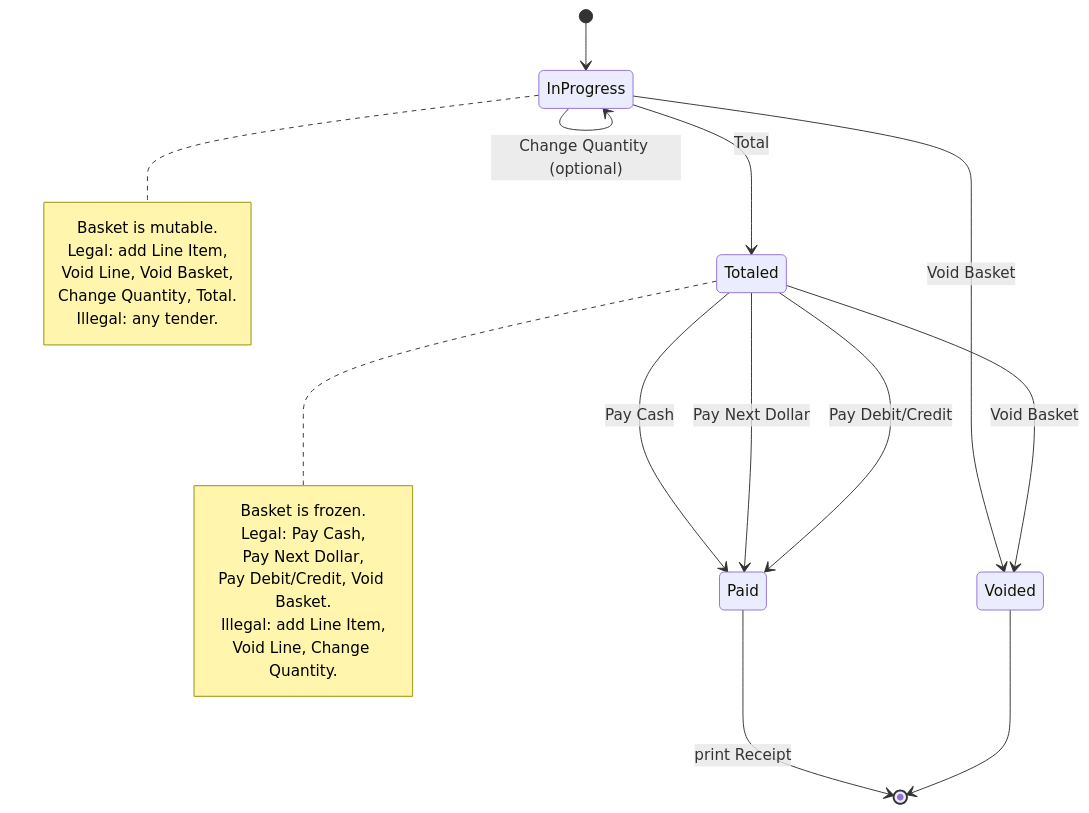
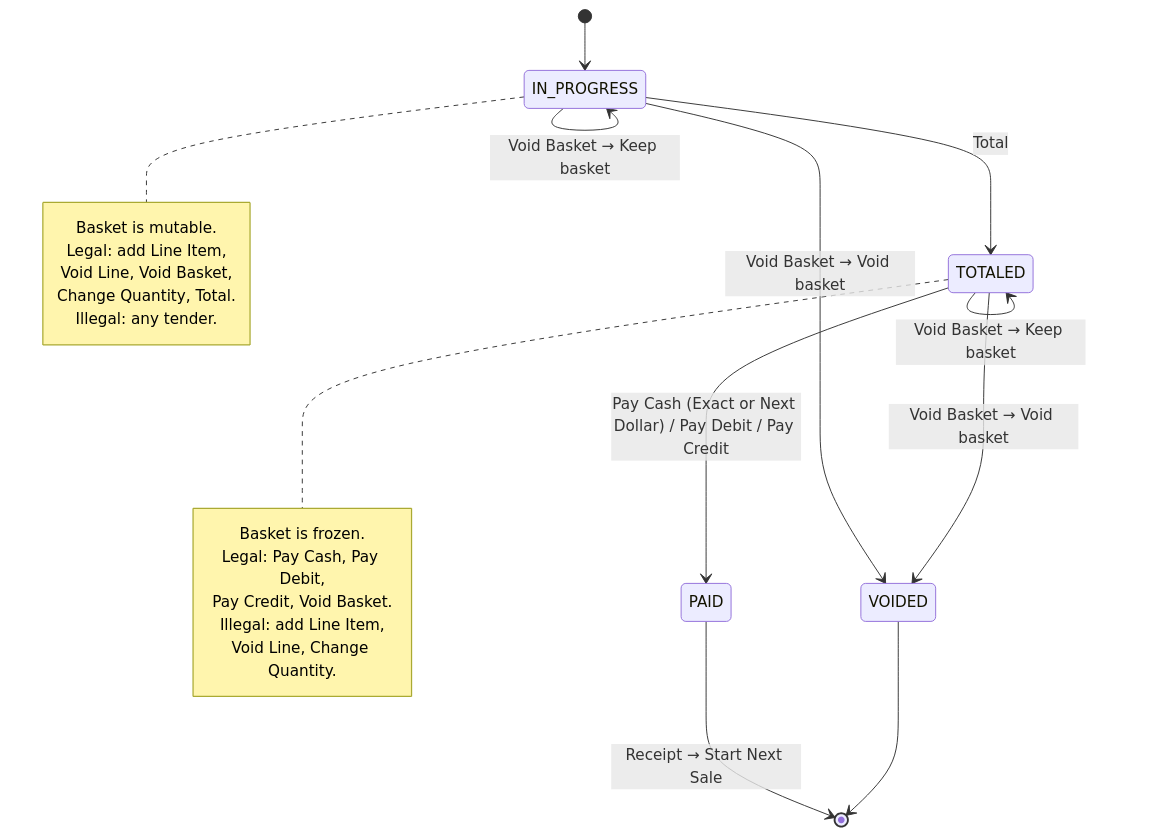
Before and after one commit to rhuel-laurente-rp/rocketpartners-pos: the first of 2 diagrams in docs/Phase 1/user-flow.md, drawn with Mermaid. The commit also changed other lines of this file and 47 other files, not shown here.

````diff
--- a/docs/Phase 1/user-flow.md
+++ b/docs/Phase 1/user-flow.md
@@ -7,35 +9,35 @@
 ```mermaid
 stateDiagram-v2
-    [*] --> InProgress
+    [*] --> IN_PROGRESS
 
-    InProgress --> InProgress: scan UPC / Quick Add (add Line Item)
-    InProgress --> InProgress: Void Line
-    InProgress --> InProgress: Change Quantity (optional)
-    InProgress --> Voided: Void Basket
-    InProgress --> Totaled: Total
+    IN_PROGRESS --> IN_PROGRESS: scan UPC / Quick Add (add Line Item)
+    IN_PROGRESS --> IN_PROGRESS: Void Line
+    IN_PROGRESS --> IN_PROGRESS: Change Quantity
+    IN_PROGRESS --> IN_PROGRESS: Void Basket → Keep basket
+    IN_PROGRESS --> VOIDED: Void Basket → Void basket
+    IN_PROGRESS --> TOTALED: Total
 
-    Totaled --> Voided: Void Basket
-    Totaled --> Paid: Pay Cash
-    Totaled --> Paid: Pay Next Dollar
-    Totaled --> Paid: Pay Debit/Credit
+    TOTALED --> TOTALED: applyDiscount
+    TOTALED --> TOTALED: Void Basket → Keep basket
+    TOTALED --> VOIDED: Void Basket → Void basket
+    TOTALED --> PAID: Pay Cash (Exact or Next Dollar) / Pay Debit / Pay Credit
 
-    Paid --> [*]: print Receipt
-    Voided --> [*]
+    PAID --> [*]: Receipt → Start Next Sale
+    VOIDED --> [*]
 
-    note right of InProgress
+    note right of IN_PROGRESS
         Basket is mutable.
         Legal: add Line Item,
         Void Line, Void Basket,
         Change Quantity, Total.
         Illegal: any tender.
     end note
 
-    note right of Totaled
+    note right of TOTALED
         Basket is frozen.
-        Legal: Pay Cash,
-        Pay Next Dollar,
-        Pay Debit/Credit, Void Basket.
+        Legal: Pay Cash, Pay Debit,
+        Pay Credit, Void Basket.
         Illegal: add Line Item,
         Void Line, Change Quantity.
     end note
 ```
````
